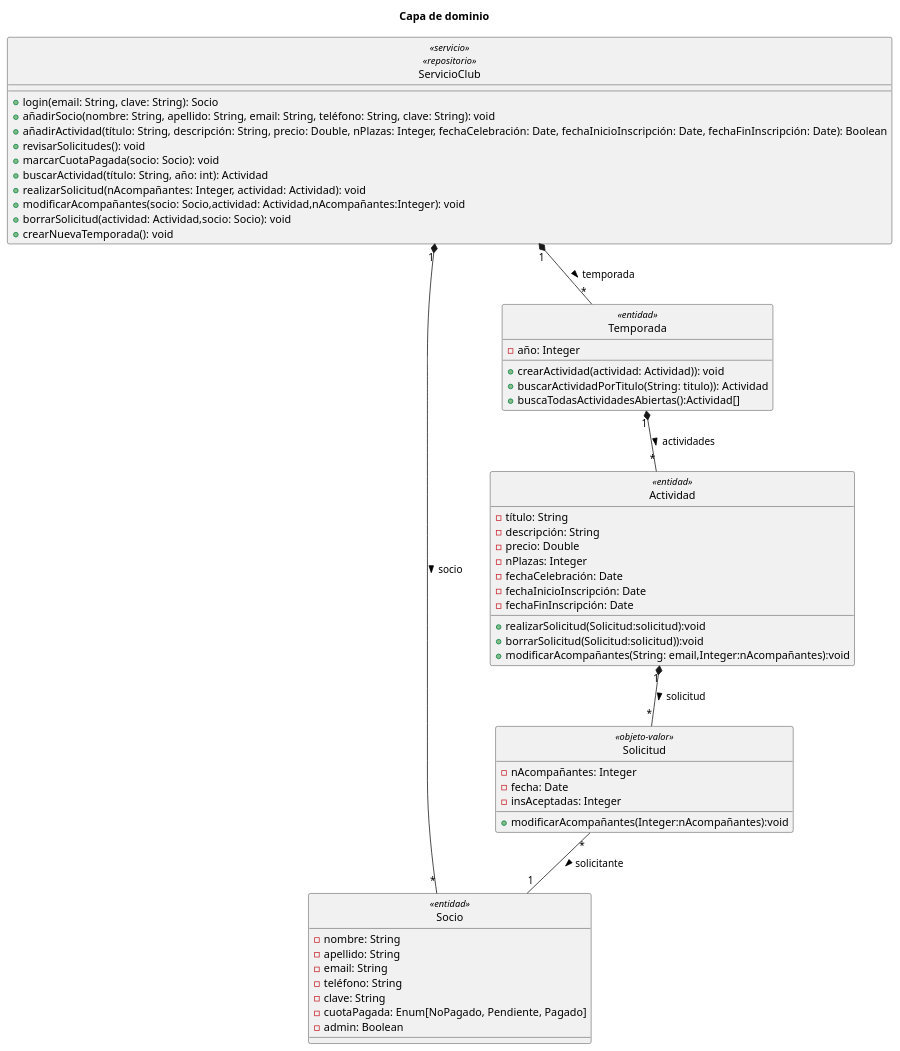
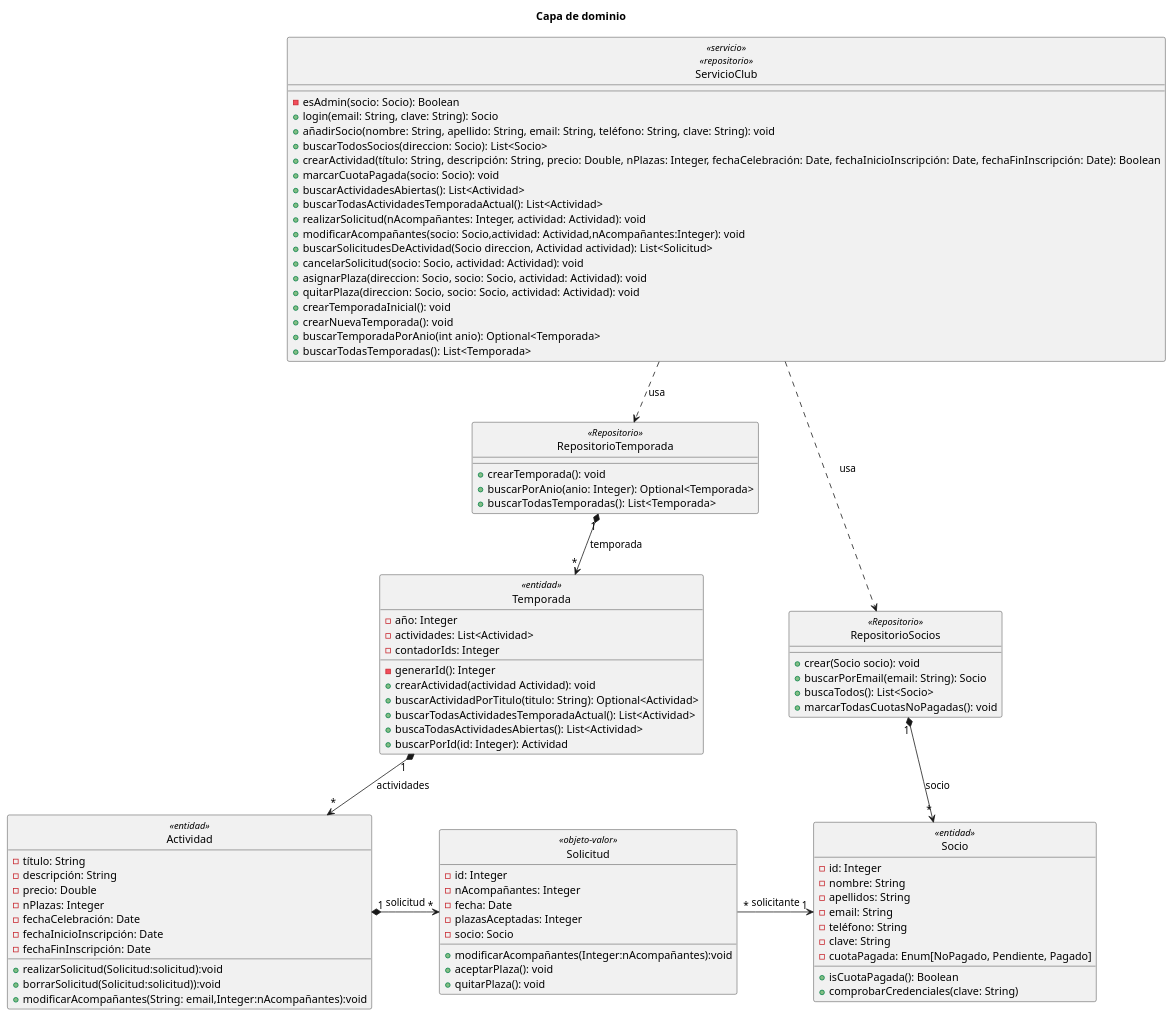
The diagram in diagramaDominio.puml (fjja0004/DAE-2024-fjja0004-scr00043-jfb00009), drawn with PlantUML before and after one commit. The commit also changed 5 other files, not shown here.

Commit message:
Actualización del UML y refactorización de nombres de varios métodos

```diff
--- a/diagramaDominio.puml
+++ b/diagramaDominio.puml
@@ -1,63 +1,99 @@
 @startuml
 title "Capa de dominio"
 hide circle
 'skinparam classAttributeIconSize 0
 
 class ServicioClub <<servicio>> <<repositorio>> {
+    - esAdmin(socio: Socio): Boolean
     + login(email: String, clave: String): Socio
     + añadirSocio(nombre: String, apellido: String, email: String, teléfono: String, clave: String): void
-    + añadirActividad(título: String, descripción: String, precio: Double, nPlazas: Integer, fechaCelebración: Date, fechaInicioInscripción: Date, fechaFinInscripción: Date): Boolean
-    + revisarSolicitudes(): void
+    + buscarTodosSocios(direccion: Socio): List<Socio>
+    + crearActividad(título: String, descripción: String, precio: Double, nPlazas: Integer, fechaCelebración: Date, fechaInicioInscripción: Date, fechaFinInscripción: Date): Boolean
     + marcarCuotaPagada(socio: Socio): void
-    + buscarActividad(título: String, año: int): Actividad
+    + buscarActividadesAbiertas(): List<Actividad>
+    + buscarTodasActividadesTemporadaActual(): List<Actividad>
     + realizarSolicitud(nAcompañantes: Integer, actividad: Actividad): void
     + modificarAcompañantes(socio: Socio,actividad: Actividad,nAcompañantes:Integer): void
-    + borrarSolicitud(actividad: Actividad,socio: Socio): void
+    + buscarSolicitudesDeActividad(Socio direccion, Actividad actividad): List<Solicitud>
+    + cancelarSolicitud(socio: Socio, actividad: Actividad): void
+    + asignarPlaza(direccion: Socio, socio: Socio, actividad: Actividad): void
+    + quitarPlaza(direccion: Socio, socio: Socio, actividad: Actividad): void
+    + crearTemporadaInicial(): void
     + crearNuevaTemporada(): void
+    + buscarTemporadaPorAnio(int anio): Optional<Temporada>
+    + buscarTodasTemporadas(): List<Temporada>
 }
 
 class Socio <<entidad>> {
-- nombre: String
-- apellido: String
-- email: String
-- teléfono: String
-- clave: String
-- cuotaPagada: Enum[NoPagado, Pendiente, Pagado]
-- admin: Boolean
+    - id: Integer
+    - nombre: String
+    - apellidos: String
+    - email: String
+    - teléfono: String
+    - clave: String
+    - cuotaPagada: Enum[NoPagado, Pendiente, Pagado]
+
+    + isCuotaPagada(): Boolean
+    + comprobarCredenciales(clave: String)
 }
 
 class Actividad <<entidad>> {
 - título: String
 - descripción: String
 - precio: Double
 - nPlazas: Integer
 - fechaCelebración: Date
 - fechaInicioInscripción: Date
 - fechaFinInscripción: Date
 + realizarSolicitud(Solicitud:solicitud):void
 + borrarSolicitud(Solicitud:solicitud)):void
 + modificarAcompañantes(String: email,Integer:nAcompañantes):void
 }
 
 class Solicitud <<objeto-valor>> {
-- nAcompañantes: Integer
-- fecha: Date
-- insAceptadas: Integer
-+ modificarAcompañantes(Integer:nAcompañantes):void
+    - id: Integer
+    - nAcompañantes: Integer
+    - fecha: Date
+    - plazasAceptadas: Integer
+    - socio: Socio
+
+    + modificarAcompañantes(Integer:nAcompañantes):void
+    + aceptarPlaza(): void
+    + quitarPlaza(): void
 }
 
 class Temporada <<entidad>> {
-- año: Integer
-    + crearActividad(actividad: Actividad)): void
-    + buscarActividadPorTitulo(String: titulo)): Actividad
-    + buscaTodasActividadesAbiertas():Actividad[]
+    - año: Integer
+    - actividades: List<Actividad>
+    - contadorIds: Integer
 
+    - generarId(): Integer
+    + crearActividad(actividad Actividad): void
+    + buscarActividadPorTitulo(titulo: String): Optional<Actividad>
+    + buscarTodasActividadesTemporadaActual(): List<Actividad>
+    + buscaTodasActividadesAbiertas(): List<Actividad>
+    + buscarPorId(id: Integer): Actividad
 }
 
-Solicitud "*" -- "1" Socio : > solicitante
-Actividad "1" *-- "*" Solicitud : > solicitud
-Temporada "1" *-- "*" Actividad : > actividades
-ServicioClub "1" *-- "*" Socio : > socio
-ServicioClub "1" *-- "*" Temporada : > temporada
+class RepositorioSocios <<Repositorio>> {
+    + crear(Socio socio): void
+    + buscarPorEmail(email: String): Socio
+    + buscaTodos(): List<Socio>
+    + marcarTodasCuotasNoPagadas(): void
+}
+
+class RepositorioTemporada <<Repositorio>> {
+    + crearTemporada(): void
+    + buscarPorAnio(anio: Integer): Optional<Temporada>
+    + buscarTodasTemporadas(): List<Temporada>
+}
+
+Solicitud "*" -> "1" Socio : solicitante
+Actividad "1" *-> "*" Solicitud : solicitud
+Temporada "1" *--> "*" Actividad : actividades
+ServicioClub ...> RepositorioSocios : usa
+RepositorioSocios "1" *--> "*" Socio : socio
+RepositorioTemporada "1" *--> "*" Temporada : temporada
+ServicioClub ..> RepositorioTemporada : usa
 
 @enduml
```
